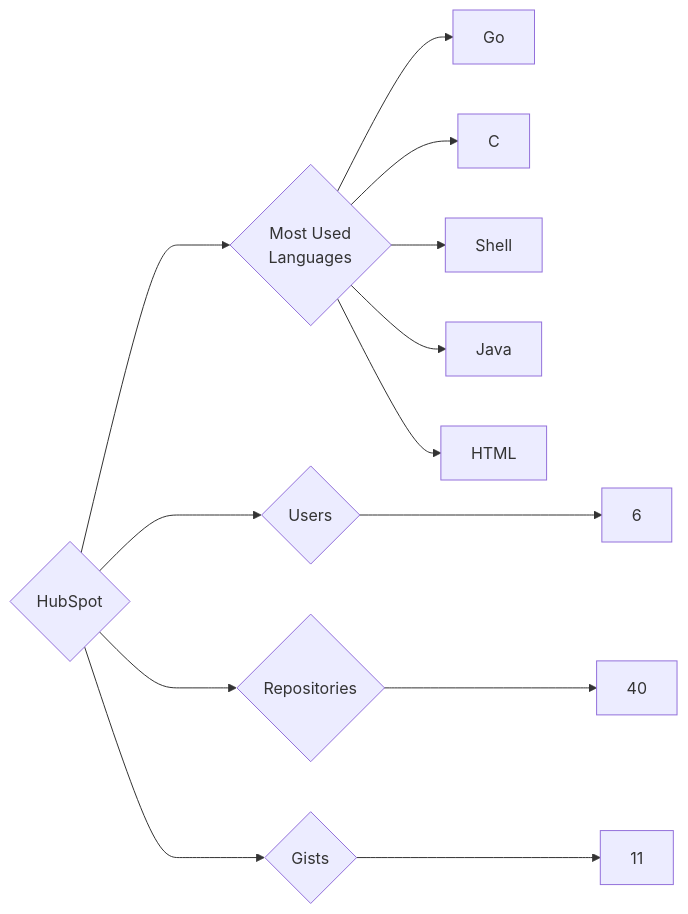
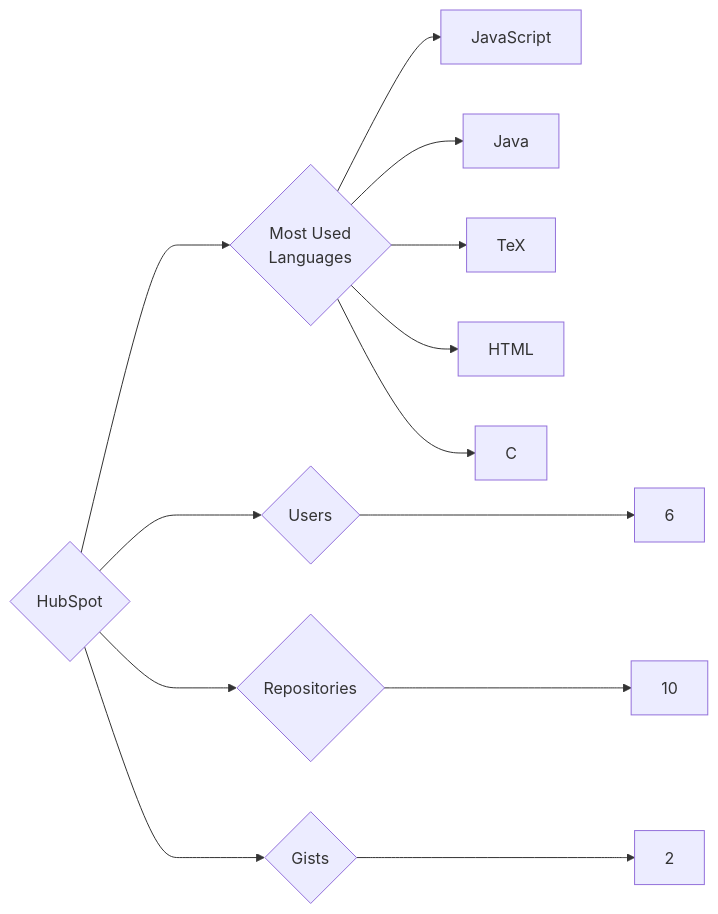
The diagram in targets/HubSpot/README.md (trickest/insiders), drawn with Mermaid before and after one commit. The commit also changed 776 other files, not shown here.

````diff
--- a/targets/HubSpot/README.md
+++ b/targets/HubSpot/README.md
@@ -3,13 +3,13 @@
 ```mermaid
 graph LR
 COMPANY_NAME{HubSpot}
 COMPANY_NAME ---> U{Users} ---> UN[6]
-COMPANY_NAME ---> R{Repositories} ---> RN[40]
-COMPANY_NAME ---> G{Gists} ---> GN[11]
+COMPANY_NAME ---> R{Repositories} ---> RN[10]
+COMPANY_NAME ---> G{Gists} ---> GN[2]
 COMPANY_NAME ---> ML{Most Used<br>Languages}
-ML --> Go[Go]
+ML --> JavaScript[JavaScript]
+ML --> Java[Java]
+ML --> TeX[TeX]
+ML --> HTML[HTML]
 ML --> C[C]
-ML --> Shell[Shell]
-ML --> Java[Java]
-ML --> HTML[HTML]
 ```
````
